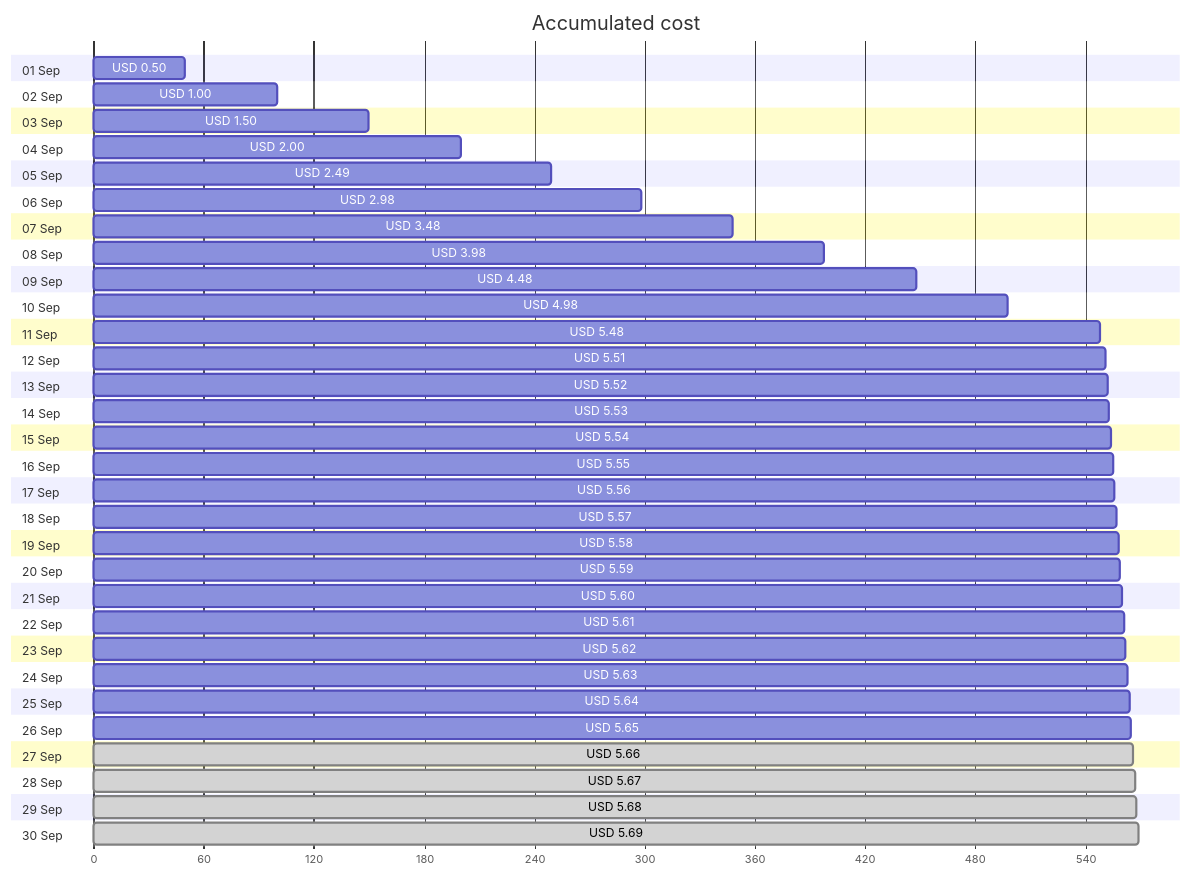
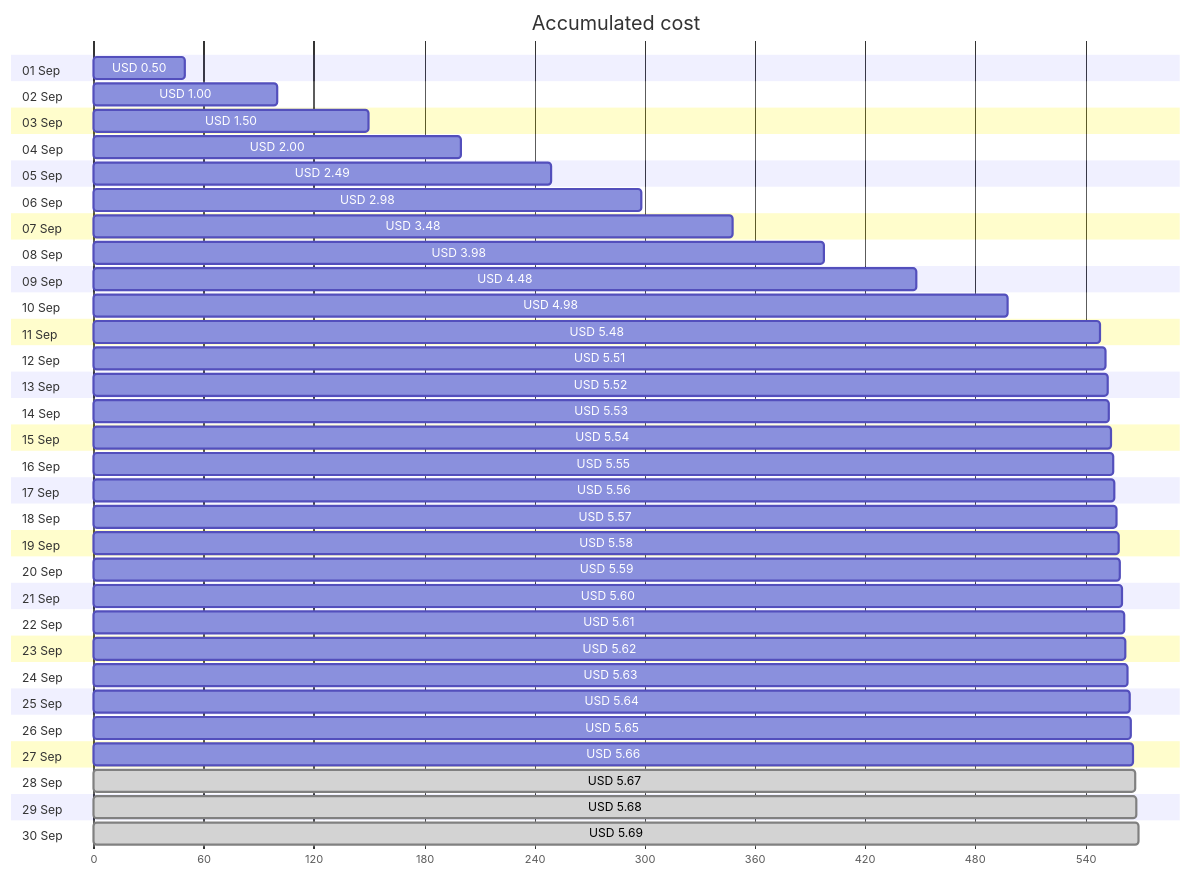
Before and after one commit to jpfulton/azure-personal-reports: the first of 4 diagrams in cost-reports/cloud-shell-storage-eastus/README.md, drawn with Mermaid. The commit also changed other lines of this file and 1 other file, not shown here.

````diff
--- a/cost-reports/cloud-shell-storage-eastus/README.md
+++ b/cost-reports/cloud-shell-storage-eastus/README.md
@@ -20,66 +20,66 @@
 ```mermaid
 gantt
    title Accumulated cost
    dateFormat  X
    axisFormat %s
    section 01 Sep
    USD 0.50 :0, 50
    section 02 Sep
    USD 1.00 :0, 100
    section 03 Sep
    USD 1.50 :0, 150
    section 04 Sep
    USD 2.00 :0, 200
    section 05 Sep
    USD 2.49 :0, 249
    section 06 Sep
    USD 2.98 :0, 298
    section 07 Sep
    USD 3.48 :0, 348
    section 08 Sep
    USD 3.98 :0, 398
    section 09 Sep
    USD 4.48 :0, 448
    section 10 Sep
    USD 4.98 :0, 498
    section 11 Sep
    USD 5.48 :0, 548
    section 12 Sep
    USD 5.51 :0, 551
    section 13 Sep
    USD 5.52 :0, 552
    section 14 Sep
    USD 5.53 :0, 553
    section 15 Sep
    USD 5.54 :0, 554
    section 16 Sep
    USD 5.55 :0, 555
    section 17 Sep
    USD 5.56 :0, 556
    section 18 Sep
    USD 5.57 :0, 557
    section 19 Sep
    USD 5.58 :0, 558
    section 20 Sep
    USD 5.59 :0, 559
    section 21 Sep
    USD 5.60 :0, 560
    section 22 Sep
    USD 5.61 :0, 561
    section 23 Sep
    USD 5.62 :0, 562
    section 24 Sep
    USD 5.63 :0, 563
    section 25 Sep
    USD 5.64 :0, 564
    section 26 Sep
    USD 5.65 :0, 565
    section 27 Sep
-   USD 5.66 : done, 0, 566
+   USD 5.66 :0, 566
    section 28 Sep
    USD 5.67 : done, 0, 567
    section 29 Sep
    USD 5.68 : done, 0, 568
    section 30 Sep
    USD 5.69 : done, 0, 569
 ```
````
